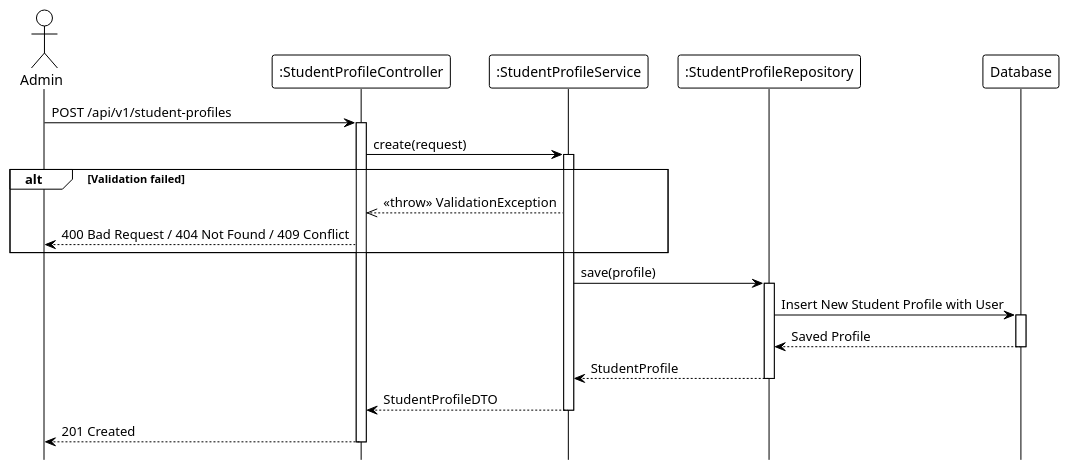
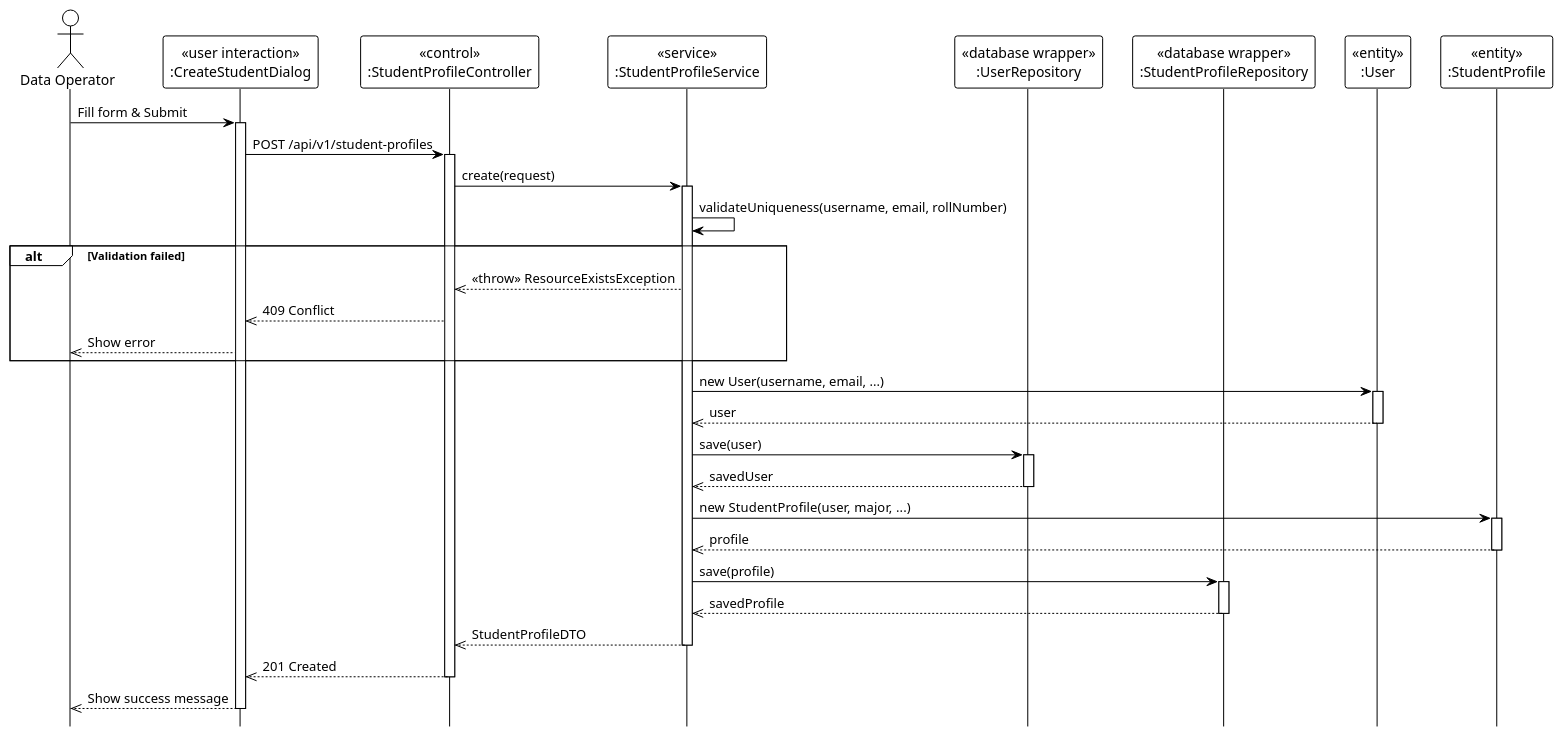
Before and after one commit to Ndh474/context: the diagram in system_detailed_design/44_create_student/sequence_diagram_create_student.puml, drawn with PlantUML. The commit also changed 8 other files, not shown here.

Commit message:
docs: Add PlantUML sequence and class diagrams for various student management system detailed designs.

```diff
--- a/system_detailed_design/44_create_student/sequence_diagram_create_student.puml
+++ b/system_detailed_design/44_create_student/sequence_diagram_create_student.puml
@@ -1,42 +1,65 @@
 @startuml create_student
 !theme plain
 hide footbox
 
-actor Admin
-participant ":StudentProfileController" as Controller
-participant ":StudentProfileService" as Service
-participant ":StudentProfileRepository" as Repository
-participant "Database" as DB
+actor "Data Operator" as Admin
+
+participant "«user interaction»\n:CreateStudentDialog" as UI
+participant "«control»\n:StudentProfileController" as Controller
+participant "«service»\n:StudentProfileService" as Service
+participant "«database wrapper»\n:UserRepository" as UserRepo
+participant "«database wrapper»\n:StudentProfileRepository" as ProfileRepo
+participant "«entity»\n:User" as UserEntity
+participant "«entity»\n:StudentProfile" as ProfileEntity
 
 ' --- MAIN FLOW ---
-Admin -> Controller: POST /api/v1/student-profiles
+Admin -> UI: Fill form & Submit
+activate UI
+
+UI -> Controller: POST /api/v1/student-profiles
 activate Controller
 
 Controller -> Service: create(request)
 activate Service
 
-' Validation logic (internal: roll number/email/username uniqueness, major validation, role assignment, password generation & email)
+' Validation (Internal)
+Service -> Service: validateUniqueness(username, email, rollNumber)
 
 alt Validation failed
-    Service -->> Controller: <<throw>> ValidationException
-    Controller --> Admin: 400 Bad Request / 404 Not Found / 409 Conflict
+    Service -->> Controller: <<throw>> ResourceExistsException
+    Controller -->> UI: 409 Conflict
+    UI -->> Admin: Show error
 end
 
-Service -> Repository: save(profile)
-activate Repository
+' --- CREATE USER ---
+Service -> UserEntity: new User(username, email, ...)
+activate UserEntity
+UserEntity -->> Service: user
+deactivate UserEntity
 
-Repository -> DB: Insert New Student Profile with User
-activate DB
-DB --> Repository: Saved Profile
-deactivate DB
+Service -> UserRepo: save(user)
+activate UserRepo
+UserRepo -->> Service: savedUser
+deactivate UserRepo
 
-Repository --> Service: StudentProfile
-deactivate Repository
+' --- CREATE PROFILE ---
+Service -> ProfileEntity: new StudentProfile(user, major, ...)
+activate ProfileEntity
+ProfileEntity -->> Service: profile
+deactivate ProfileEntity
 
-Service --> Controller: StudentProfileDTO
+Service -> ProfileRepo: save(profile)
+activate ProfileRepo
+ProfileRepo -->> Service: savedProfile
+deactivate ProfileRepo
+
+Service -->> Controller: StudentProfileDTO
 deactivate Service
 
-Controller --> Admin: 201 Created
+Controller -->> UI: 201 Created
 deactivate Controller
 
+UI -->> Admin: Show success message
+deactivate UI
+
 @enduml
```
